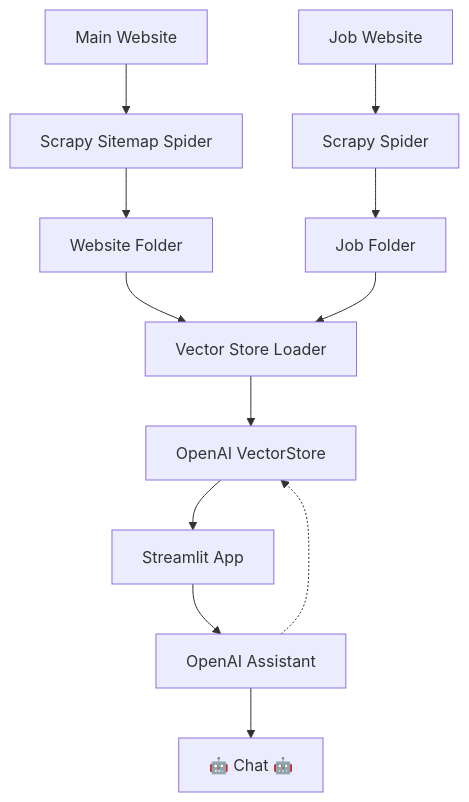
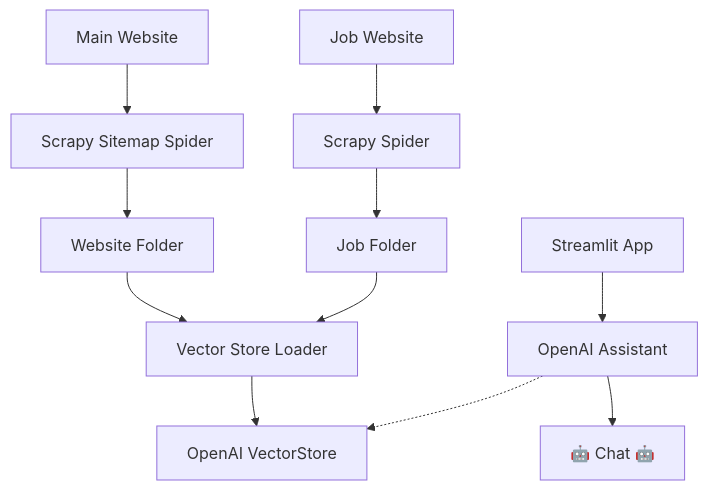
The diagram in README.md (NathNacht/regelgeving-bot), drawn with Mermaid before and after one commit.

````diff
--- a/README.md
+++ b/README.md
@@ -2,14 +2,14 @@
 ```mermaid
 graph TD;
     A[Main Website] --> B[Scrapy Sitemap Spider];
     A2[Job Website] --> B2[Scrapy Spider];
     B --> C[Website Folder];
     B2 --> C2[Job Folder];
     C --> D[Vector Store Loader];
     C2 --> D;
     D --> E[OpenAI VectorStore];
-    E --> F[Streamlit App];
+    F[Streamlit App];
     F --> G[OpenAI Assistant];
     G -.-> E;
     G --> H[🤖 Chat 🤖];
 ```
````
